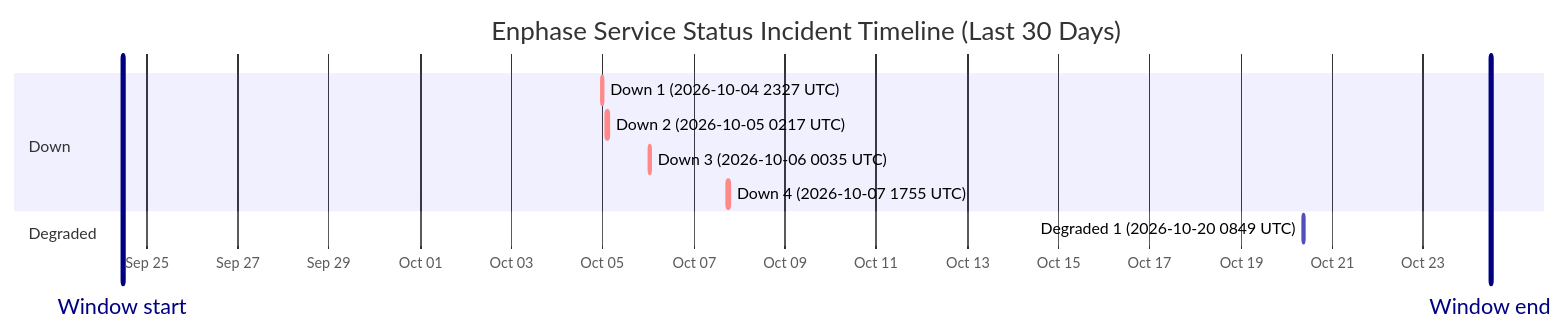
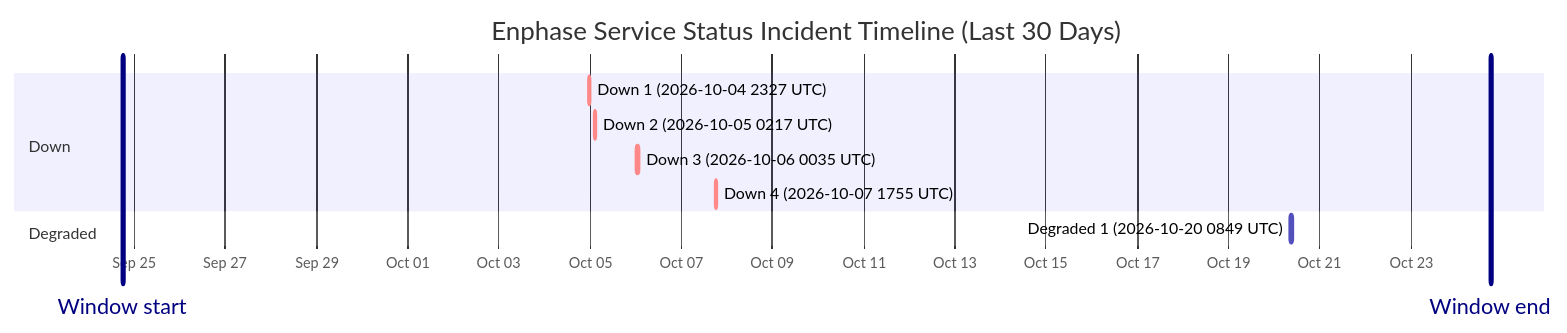
Before and after one commit to barneyonline/ha-enphase-energy: the diagram in wiki/Service-Status-History.md, drawn with Mermaid. The commit also changed other lines of this file and 3 other files, not shown here.

````diff
--- a/wiki/Service-Status-History.md
+++ b/wiki/Service-Status-History.md
@@ -14,15 +14,15 @@
 ```mermaid
 gantt
     title Enphase Service Status Incident Timeline (Last 30 Days)
     dateFormat  YYYY-MM-DDTHH:mm:ss
     axisFormat  %b %d
-    Window start :vert, window-start, 2026-09-24T11:24:01, 0ms
-    Window end :vert, window-end, 2026-10-24T11:24:01, 0ms
+    Window start :vert, window-start, 2026-09-24T17:49:42, 0ms
+    Window end :vert, window-end, 2026-10-24T17:49:42, 0ms
     section Down
     Down 1 (2026-10-04 2327 UTC) :crit, down-1, 2026-10-04T23:27:34, 60m
     Down 2 (2026-10-05 0217 UTC) :crit, down-2, 2026-10-05T02:17:30, 60m
     Down 3 (2026-10-06 0035 UTC) :crit, down-3, 2026-10-06T00:35:21, 60m
     Down 4 (2026-10-07 1755 UTC) :crit, down-4, 2026-10-07T17:55:16, 60m
     section Degraded
     Degraded 1 (2026-10-20 0849 UTC) :active, degraded-1, 2026-10-20T08:49:49, 60m
 ```
````
